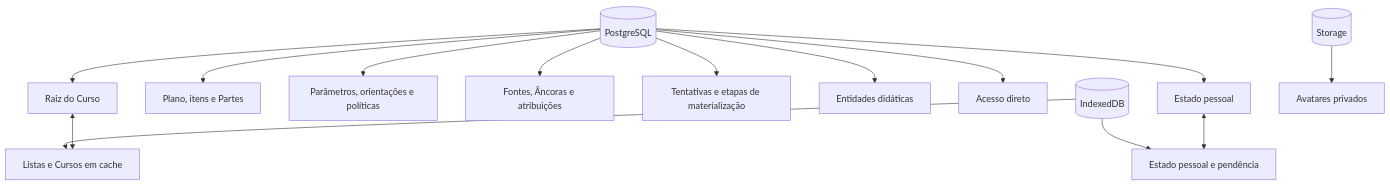
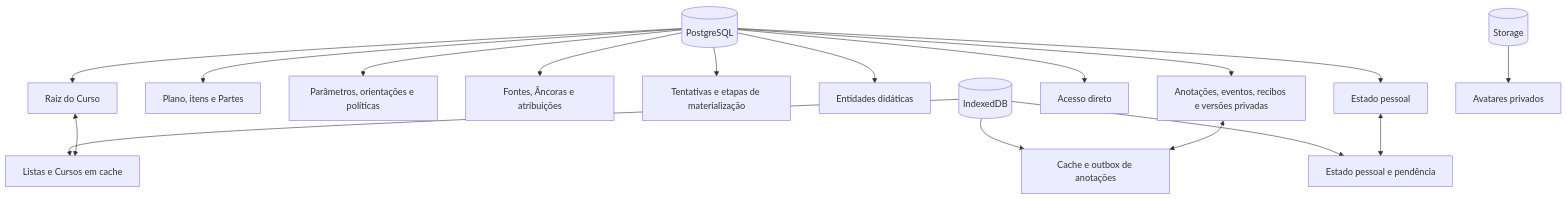
One commit to fabio-ara/AraLearn changed the diagram in docs/persistencia-relacional.md. Above: the diagram before and after it, drawn with Mermaid. The commit also changed other lines of this file and 84 other files, not shown here.

````diff
--- a/docs/persistencia-relacional.md
+++ b/docs/persistencia-relacional.md
@@ -31,16 +31,19 @@
 ```mermaid
 flowchart TD
     PG[(PostgreSQL)] --> C[Raiz do Curso]
     PG --> PL[Plano, itens e Partes]
     PG --> D[Parâmetros, orientações e políticas]
     PG --> F[Fontes, Âncoras e atribuições]
     PG --> MT[Tentativas e etapas de materialização]
     PG --> E[Entidades didáticas]
+    PG --> AN[Anotações, eventos, recibos e versões privadas]
     PG --> A[Acesso direto]
     PG --> P[Estado pessoal]
     IDB[(IndexedDB)] --> L[Listas e Cursos em cache]
     IDB --> Q[Estado pessoal e pendência]
+    IDB --> AO[Cache e outbox de anotações]
     ST[(Storage)] --> AV[Avatares privados]
     C <--> L
     P <--> Q
+    AN <--> AO
 ```
````
